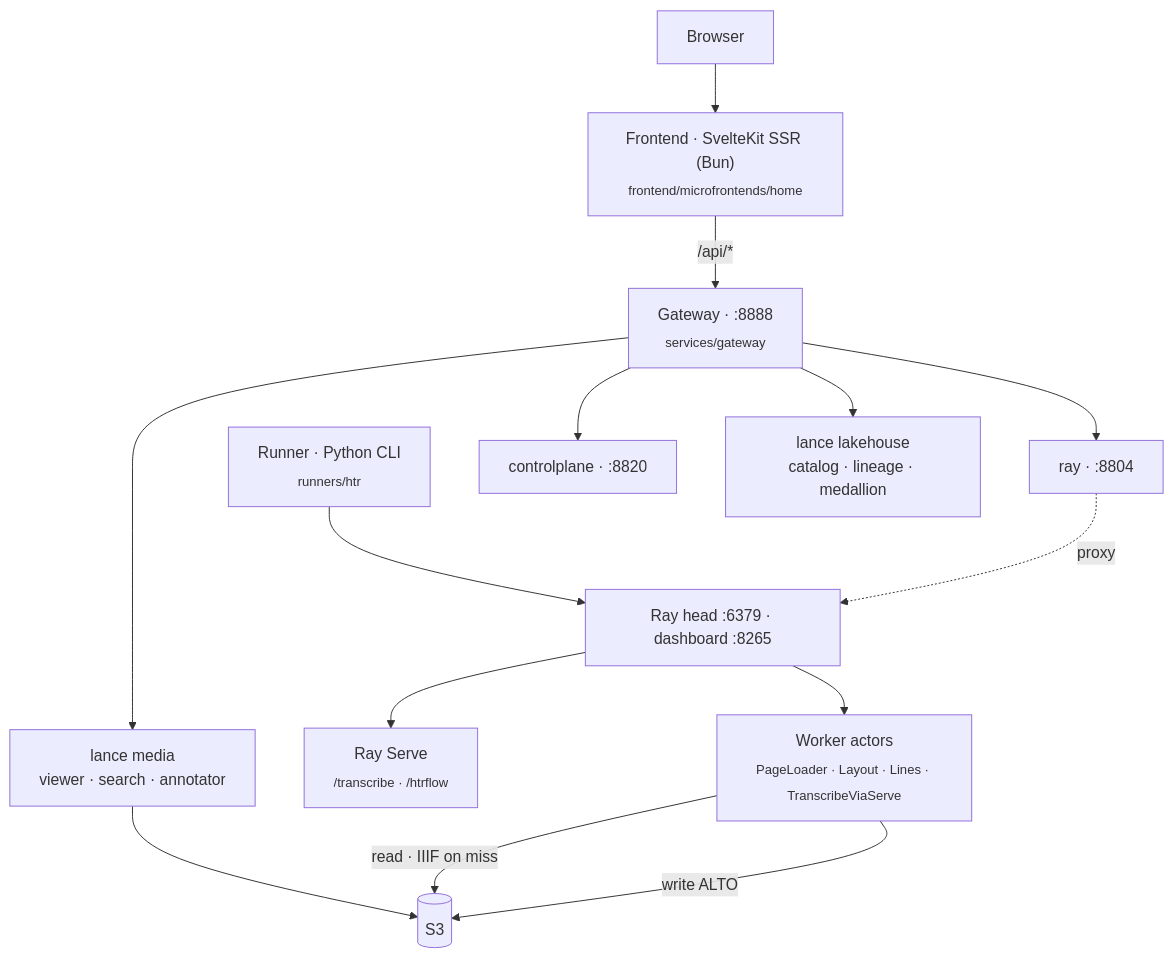
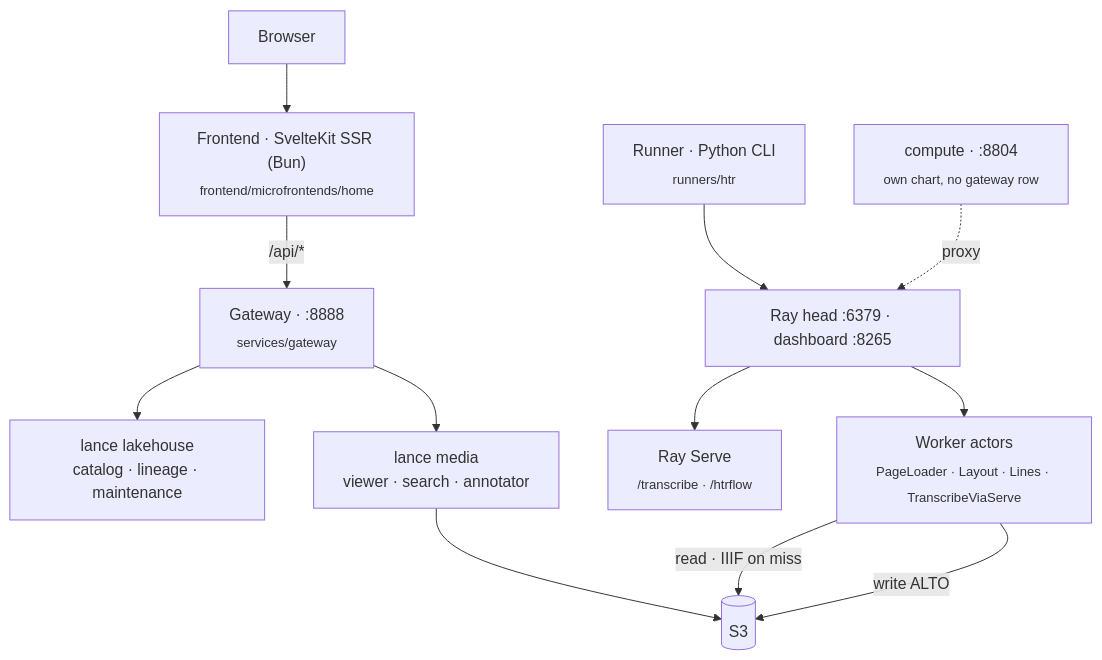
Before and after one commit to AI-Riksarkivet/rask: the diagram in docs/architecture/index.md, drawn with Mermaid. The commit also changed other lines of this file and 44 other files, not shown here.

First line of the commit message:
docs: the lakehouse runs no stage, no training and no engine; compute is a fixture; no controlplane (LH-464)

````diff
--- a/docs/architecture/index.md
+++ b/docs/architecture/index.md
@@ -25,16 +26,15 @@
 ```mermaid
 flowchart TB
     browser["Browser"] --> spa["Frontend · SvelteKit SSR (Bun)<br/><sub>frontend/microfrontends/home</sub>"]
     spa -->|"/api/*"| gw["Gateway · :8888<br/><sub>services/gateway</sub>"]
     cli["Runner · Python CLI<br/><sub>runners/htr</sub>"] --> head
-    gw --> rayapi["ray · :8804"]
-    gw --> cp["controlplane · :8820"]
-    gw --> lake["lance lakehouse<br/>catalog · lineage · medallion"]
+    rayapi["compute · :8804<br/><sub>own chart, no gateway row</sub>"]
+    gw --> lake["lance lakehouse<br/>catalog · lineage · maintenance"]
     gw --> media["lance media<br/>viewer · search · annotator"]
     media --> s3[("S3")]
     rayapi -.->|proxy| head["Ray head :6379 · dashboard :8265"]
     head --> serve["Ray Serve<br/><sub>/transcribe · /htrflow</sub>"]
     head --> workers["Worker actors<br/><sub>PageLoader · Layout · Lines · TranscribeViaServe</sub>"]
     workers -->|read · IIIF on miss| s3
     workers -->|write ALTO| s3
 ```
````
